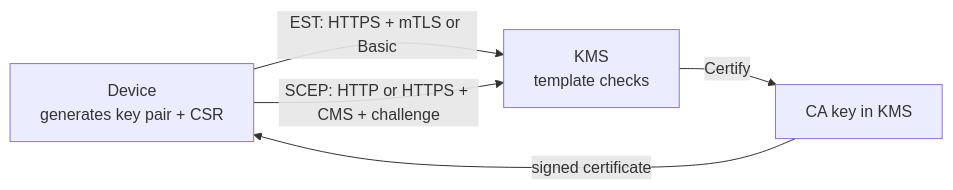
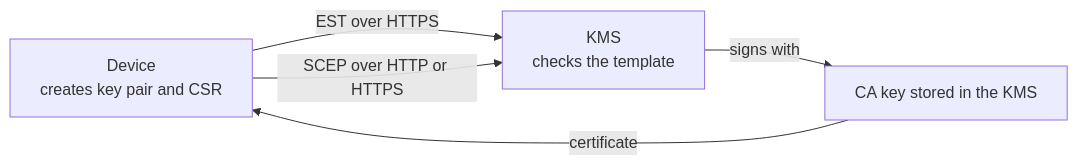
Before and after one commit to Cosmian/kms: the first of 3 diagrams in documentation/docs/use_cases/pki-enrollment.md, drawn with Mermaid. The commit also changed other lines of this file, not shown here.

First line of the commit message:
docs(enrollment): rewrite EST/SCEP guide for beginners

````diff
--- a/documentation/docs/use_cases/pki-enrollment.md
+++ b/documentation/docs/use_cases/pki-enrollment.md
@@ -25,7 +37,7 @@
 ```mermaid
 flowchart LR
-    D[Device<br/>generates key pair + CSR] -->|EST: HTTPS + mTLS or Basic| K[KMS<br/>template checks]
-    D -->|SCEP: HTTP or HTTPS + CMS + challenge| K
-    K -->|Certify| CA[CA key in KMS]
-    CA -->|signed certificate| D
+    D[Device<br/>creates key pair and CSR] -->|EST over HTTPS| K[KMS<br/>checks the template]
+    D -->|SCEP over HTTP or HTTPS| K
+    K -->|signs with| CA[CA key stored in the KMS]
+    CA -->|certificate| D
 ```
````
